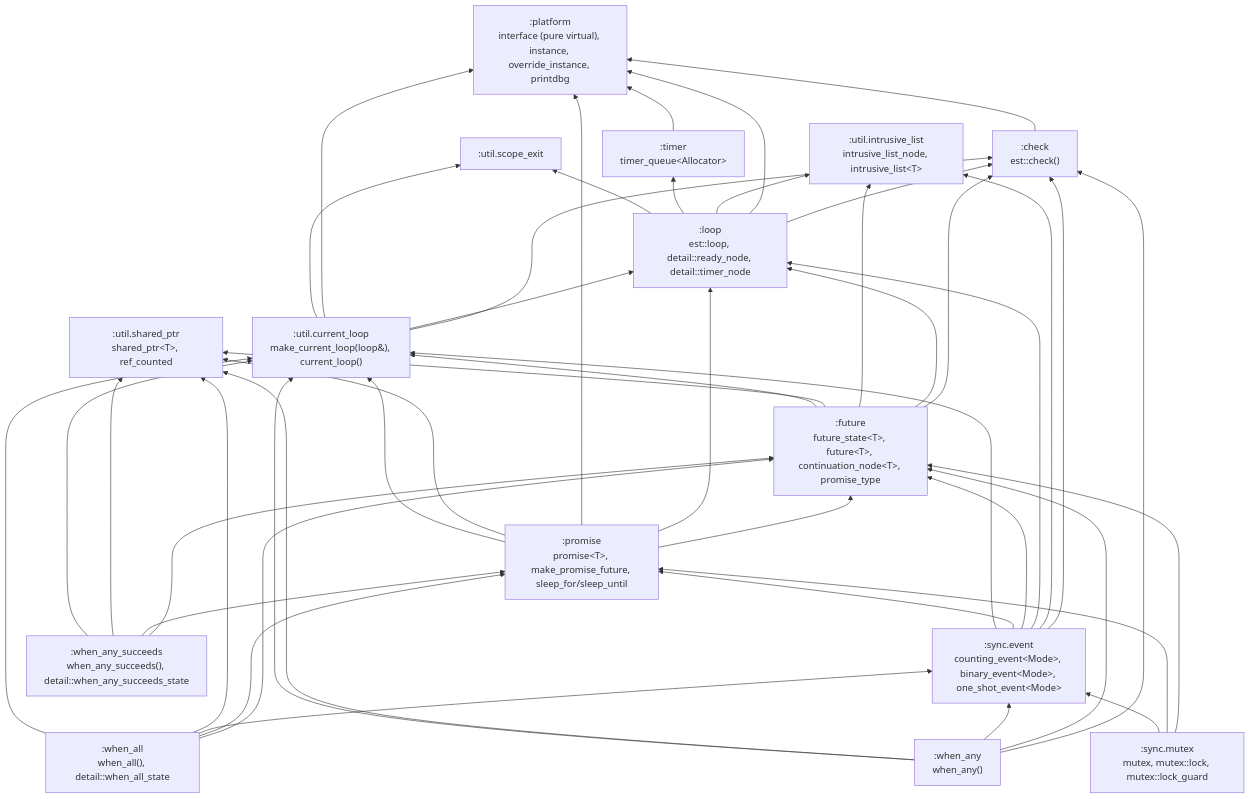
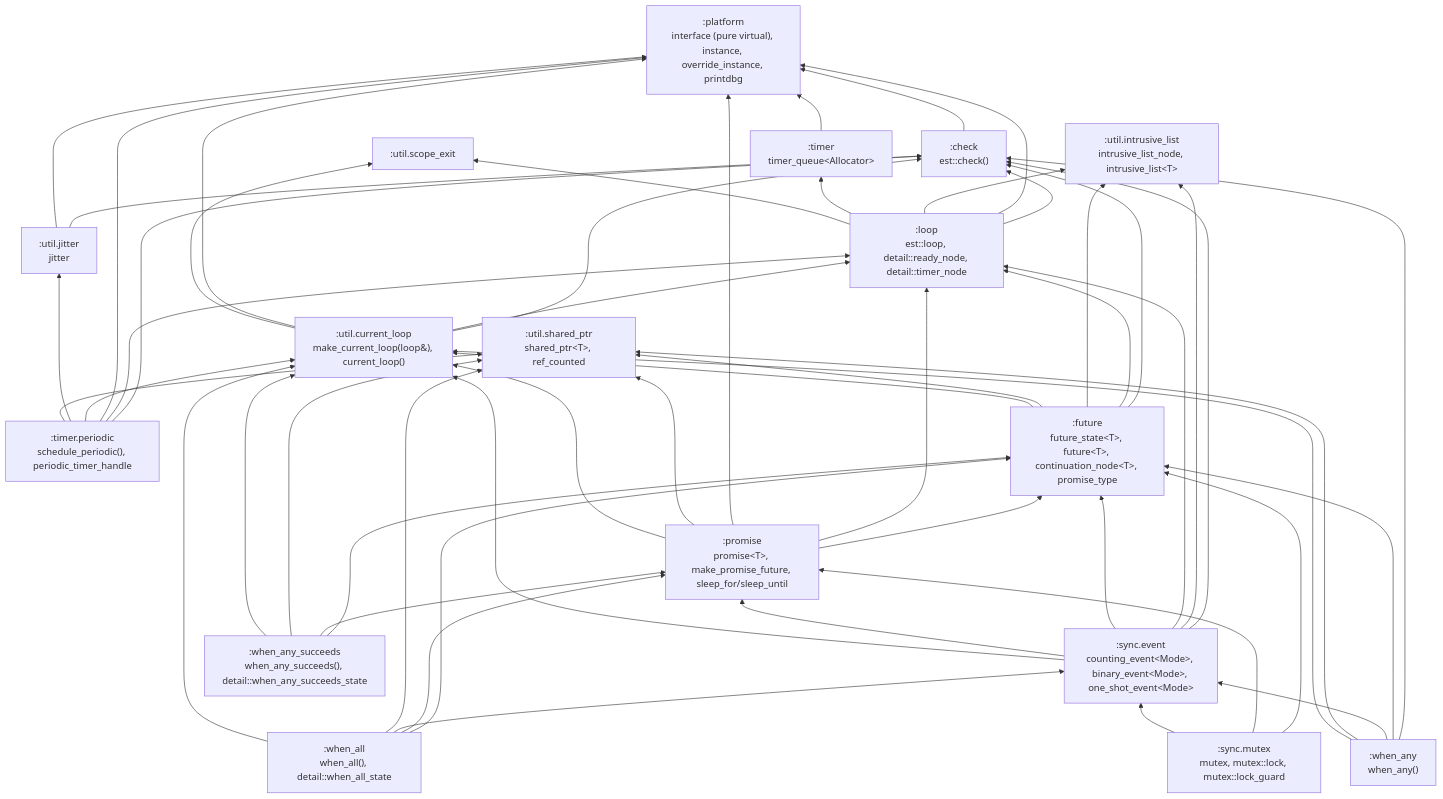
One commit to andijcr/async_experiments changed the first of 2 diagrams in docs/wiki/Architecture.md. Above: the diagram before and after it, drawn with Mermaid. The commit also changed other lines of this file and 15 other files, not shown here.

First line of the commit message:
Add est::schedule_periodic() periodic timer with jitter (issue #73)

````diff
--- a/docs/wiki/Architecture.md
+++ b/docs/wiki/Architecture.md
@@ -10,63 +10,73 @@
 ```mermaid
 graph BT
   platform[":platform<br/>interface (pure virtual), instance, override_instance, printdbg"]
   check[":check<br/>est::check()"]
   scope_exit[":util.scope_exit"]
   shared_ptr[":util.shared_ptr<br/>shared_ptr&lt;T&gt;, ref_counted"]
   intrusive_list[":util.intrusive_list<br/>intrusive_list_node, intrusive_list&lt;T&gt;"]
   event[":sync.event<br/>counting_event&lt;Mode&gt;, binary_event&lt;Mode&gt;, one_shot_event&lt;Mode&gt;"]
   mutex[":sync.mutex<br/>mutex, mutex::lock, mutex::lock_guard"]
   timer[":timer<br/>timer_queue&lt;Allocator&gt;"]
   loop[":loop<br/>est::loop, detail::ready_node, detail::timer_node"]
   current_loop[":util.current_loop<br/>make_current_loop(loop&amp;), current_loop()"]
+  jitter[":util.jitter<br/>jitter"]
+  timer_periodic[":timer.periodic<br/>schedule_periodic(), periodic_timer_handle"]
   future[":future<br/>future_state&lt;T&gt;, future&lt;T&gt;, continuation_node&lt;T&gt;, promise_type"]
   promise[":promise<br/>promise&lt;T&gt;, make_promise_future, sleep_for/sleep_until"]
   when_all[":when_all<br/>when_all(), detail::when_all_state"]
   when_any[":when_any<br/>when_any()"]
   when_any_succeeds[":when_any_succeeds<br/>when_any_succeeds(), detail::when_any_succeeds_state"]
 
   check --> platform
   event --> check
   event --> intrusive_list
   event --> loop
   event --> future
   event --> promise
   event --> current_loop
   mutex --> future
   mutex --> promise
   mutex --> event
   timer --> platform
   loop --> check
   loop --> platform
   loop --> intrusive_list
   loop --> timer
   loop --> scope_exit
   current_loop --> check
   current_loop --> loop
   current_loop --> platform
   current_loop --> scope_exit
+  jitter --> check
+  jitter --> platform
+  timer_periodic --> check
+  timer_periodic --> loop
+  timer_periodic --> platform
+  timer_periodic --> current_loop
+  timer_periodic --> jitter
+  timer_periodic --> shared_ptr
   future --> check
   future --> loop
   future --> intrusive_list
   future --> shared_ptr
   future --> current_loop
   promise --> future
   promise --> loop
   promise --> platform
   promise --> shared_ptr
   promise --> current_loop
   when_all --> future
   when_all --> promise
   when_all --> event
   when_all --> shared_ptr
   when_all --> current_loop
   when_any --> check
   when_any --> future
   when_any --> event
   when_any --> shared_ptr
   when_any --> current_loop
   when_any_succeeds --> future
   when_any_succeeds --> promise
   when_any_succeeds --> shared_ptr
   when_any_succeeds --> current_loop
 ```
````
